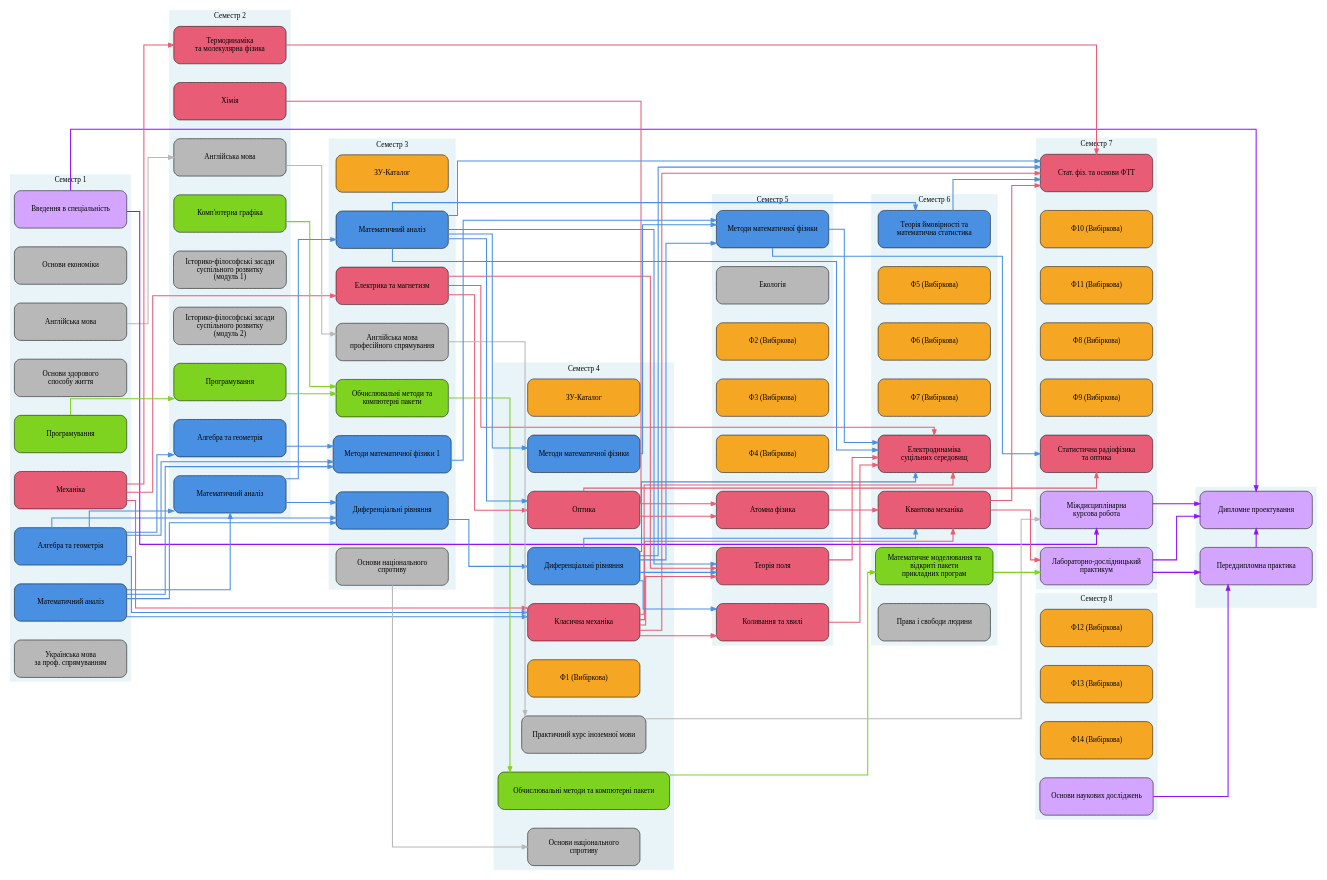
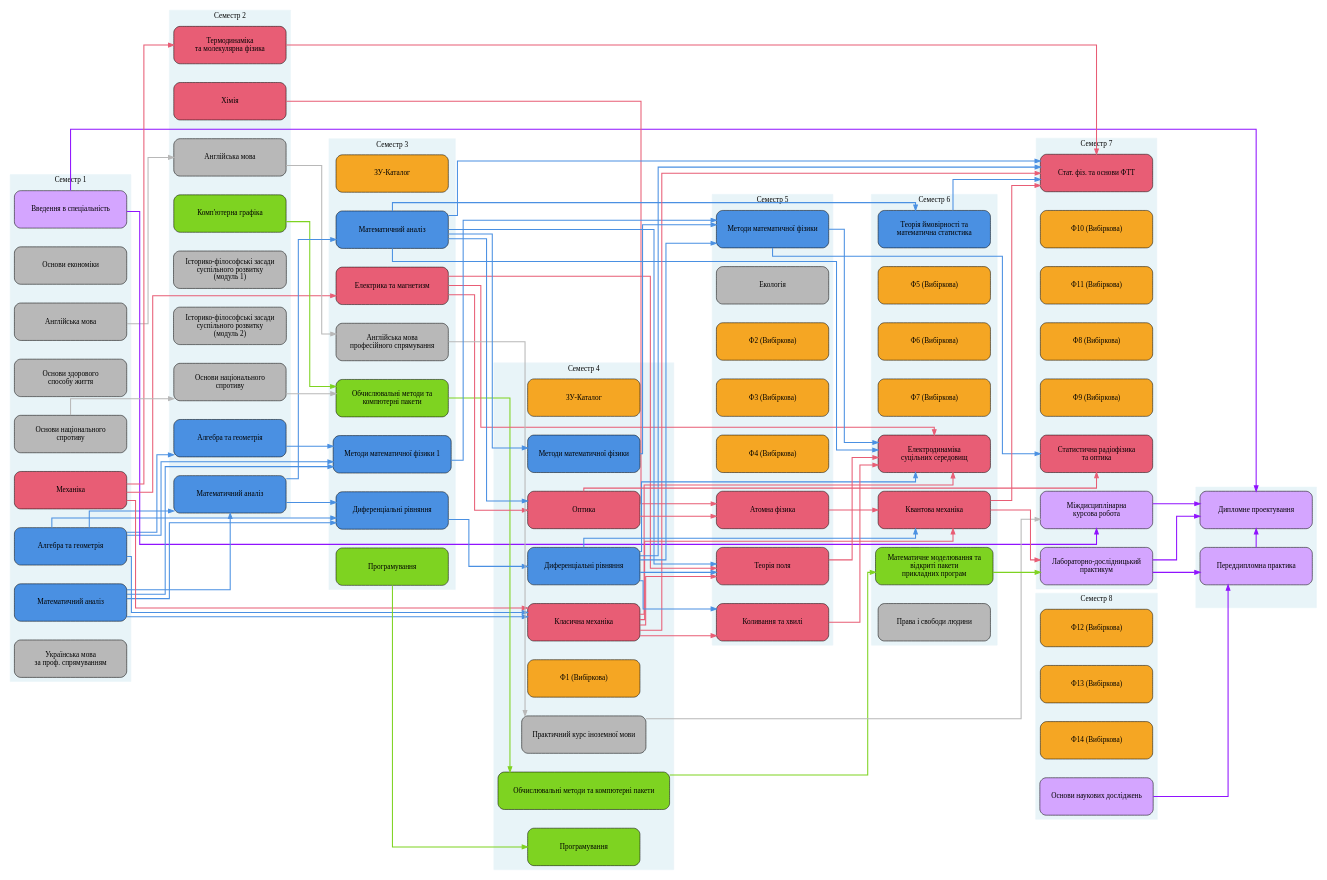
One commit to sergiokapone/matrix3 changed the diagram in Scheme/diagramm_bak_2026_ua.gv. Above: the diagram before and after it, drawn with Graphviz. The commit also changed 9 other files, not shown here.

```diff
--- a/Scheme/diagramm_bak_2026_ua.gv
+++ b/Scheme/diagramm_bak_2026_ua.gv
@@ -20,7 +20,8 @@
         S1_Intro [label="Введення в спеціальність", fillcolor="#D4A5FF"];
         S1_MatAn [label="Математичний аналіз", fillcolor="#4A90E2"];
         S1_Mech [label="Механіка", fillcolor="#E85D75"];
-        S1_Prog [label="Програмування", fillcolor="#7ED321"];
+        S1_Prog [label="Основи національного
+ спротиву", fillcolor="#B8B8B8"];
         S1_Ukr [label="Українська мова
  за проф. спрямуванням", fillcolor="#B8B8B8"];
     }
@@ -40,7 +41,8 @@
  суспільного розвитку
  (модуль 2)", fillcolor="#B8B8B8"];
         S2_MatAn [label="Математичний аналіз", fillcolor="#4A90E2"];
-        S2_Prog [label="Програмування", fillcolor="#7ED321"];
+        S2_Prog [label="Основи національного
+ спротиву", fillcolor="#B8B8B8"];
         S2_Thermo [label="Термодинаміка
  та молекулярна фізика", fillcolor="#E85D75"];
     }
@@ -58,8 +60,7 @@
  професійного спрямування", fillcolor="#B8B8B8"];
         S3_MatAn [label="Математичний аналіз", fillcolor="#4A90E2"];
         S3_MathPhys [label="Методи математичної фізики 1", fillcolor="#4A90E2"];
-        S3_Military [label="Основи національного
- спротиву", fillcolor="#B8B8B8"];
+        S3_Military [label="Програмування", fillcolor="#7ED321"];
     }
     subgraph cluster_4 {
         style="filled";
@@ -73,8 +74,7 @@
         S4_EngPract [label="Практичний курс іноземної мови", fillcolor="#B8B8B8"];
         S4_F1 [label="Ф1 (Вибіркова)", fillcolor="#F5A623"];
         S4_MathPhys [label="Методи математичної фізики", fillcolor="#4A90E2"];
-        S4_Military [label="Основи національного
- спротиву", fillcolor="#B8B8B8"];
+        S4_Military [label="Програмування", fillcolor="#7ED321"];
         S4_Optics [label="Оптика", fillcolor="#E85D75"];
     }
     subgraph cluster_5 {
@@ -199,18 +199,18 @@
 S6_QMech     -> S7_Lab        [color="#E85D75", penwidth=2];
 
  // ПРЕРЕКВІЗИТИ — Програмування та обчислення
-S1_Prog     -> S2_Prog        [color="#7ED321", penwidth=2];
-S2_Prog     -> S3_CompMeth        [color="#7ED321", penwidth=2];
 S2_Graph     -> S3_CompMeth        [color="#7ED321", penwidth=2];
 S3_CompMeth     -> S4_CompMeth        [color="#7ED321", penwidth=2];
+S3_Military     -> S4_Military        [color="#7ED321", penwidth=2];
 S4_CompMeth     -> S6_MathModel        [color="#7ED321", penwidth=2];
 S6_MathModel     -> S7_Lab        [color="#7ED321", penwidth=2];
 
  // ПРЕРЕКВІЗИТИ — Іноземна мова
+S1_Prog     -> S2_Prog        [color="#B8B8B8", penwidth=2];
 S1_Eng     -> S2_Eng        [color="#B8B8B8", penwidth=2];
+S2_Prog     -> S3_CompMeth        [color="#B8B8B8", penwidth=2];
 S2_Eng     -> S3_EngProf        [color="#B8B8B8", penwidth=2];
 S3_EngProf     -> S4_EngPract        [color="#B8B8B8", penwidth=2];
-S3_Military     -> S4_Military        [color="#B8B8B8", penwidth=2];
 S4_EngPract     -> S7_Course        [color="#B8B8B8", penwidth=2];
 
  // ПРЕРЕКВІЗИТИ — Практика та дослідження
```
